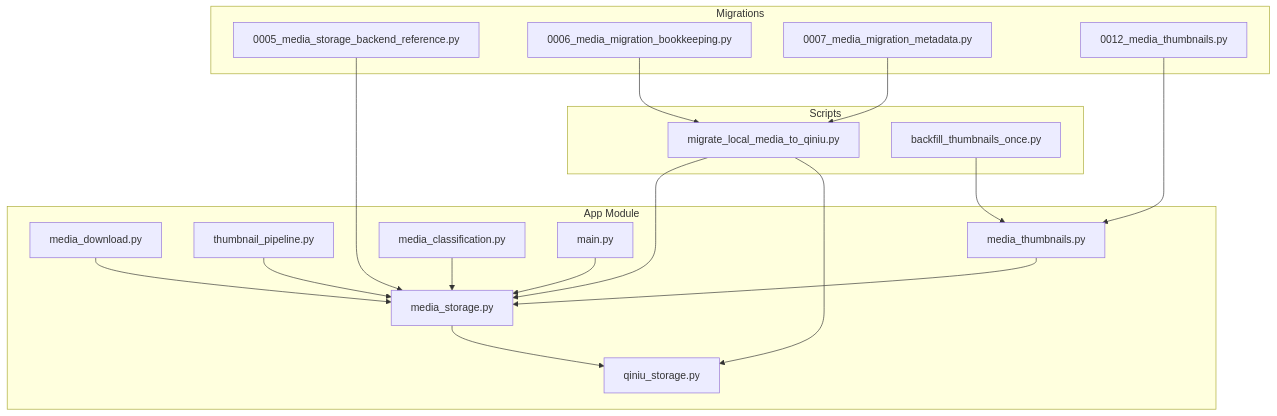
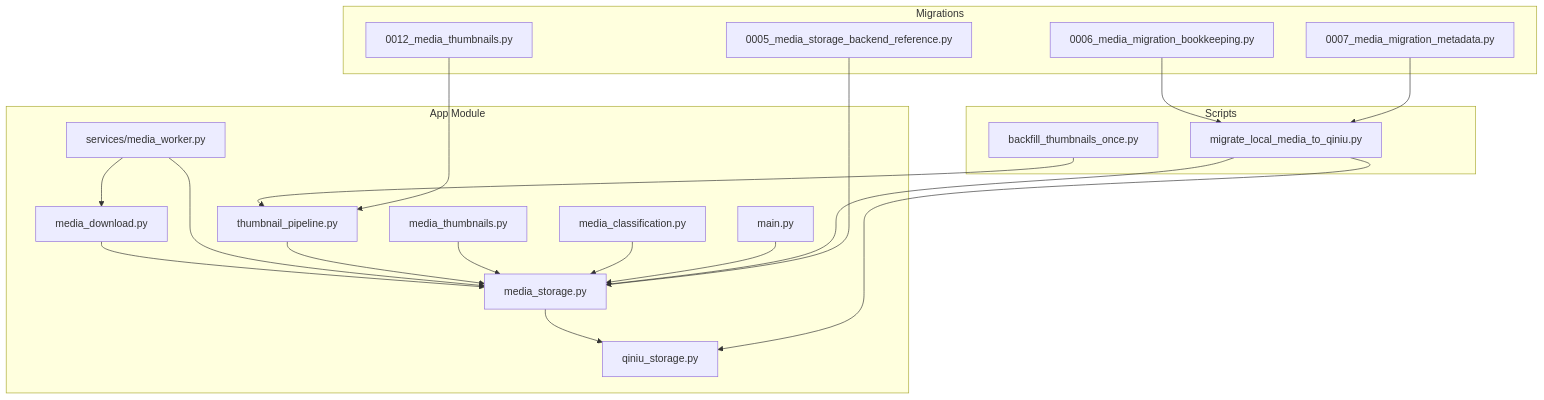
Before and after one commit to zuohaisu/wecom-archive: the first of 10 diagrams in .qoder/repowiki/en/content/Architecture/Storage Abstraction Layer/Storage Abstraction Layer.md, drawn with Mermaid. The commit also changed other lines of this file and 90 other files, not shown here.

````diff
--- a/.qoder/repowiki/en/content/Architecture/Storage Abstraction Layer/Storage Abstraction Layer.md
+++ b/.qoder/repowiki/en/content/Architecture/Storage Abstraction Layer/Storage Abstraction Layer.md
@@ -43,35 +51,38 @@
 ```mermaid
 graph TB
 subgraph "App Module"
 A["media_storage.py"]
 B["qiniu_storage.py"]
 C["media_download.py"]
-D["thumbnail_pipeline.py"]
-E["media_thumbnails.py"]
-F["media_classification.py"]
-G["main.py"]
+D["services/media_worker.py"]
+E["thumbnail_pipeline.py"]
+F["media_thumbnails.py"]
+G["media_classification.py"]
+H["main.py"]
 end
 subgraph "Migrations"
 M1["0005_media_storage_backend_reference.py"]
 M2["0006_media_migration_bookkeeping.py"]
 M3["0007_media_migration_metadata.py"]
 M4["0012_media_thumbnails.py"]
 end
 subgraph "Scripts"
 S1["migrate_local_media_to_qiniu.py"]
 S2["backfill_thumbnails_once.py"]
 end
 A --> B
 C --> A
+D --> C
 D --> A
 E --> A
 F --> A
 G --> A
+H --> A
 S1 --> A
 S1 --> B
 S2 --> E
 M1 --> A
 M2 --> S1
 M3 --> S1
 M4 --> E
 ```
````
